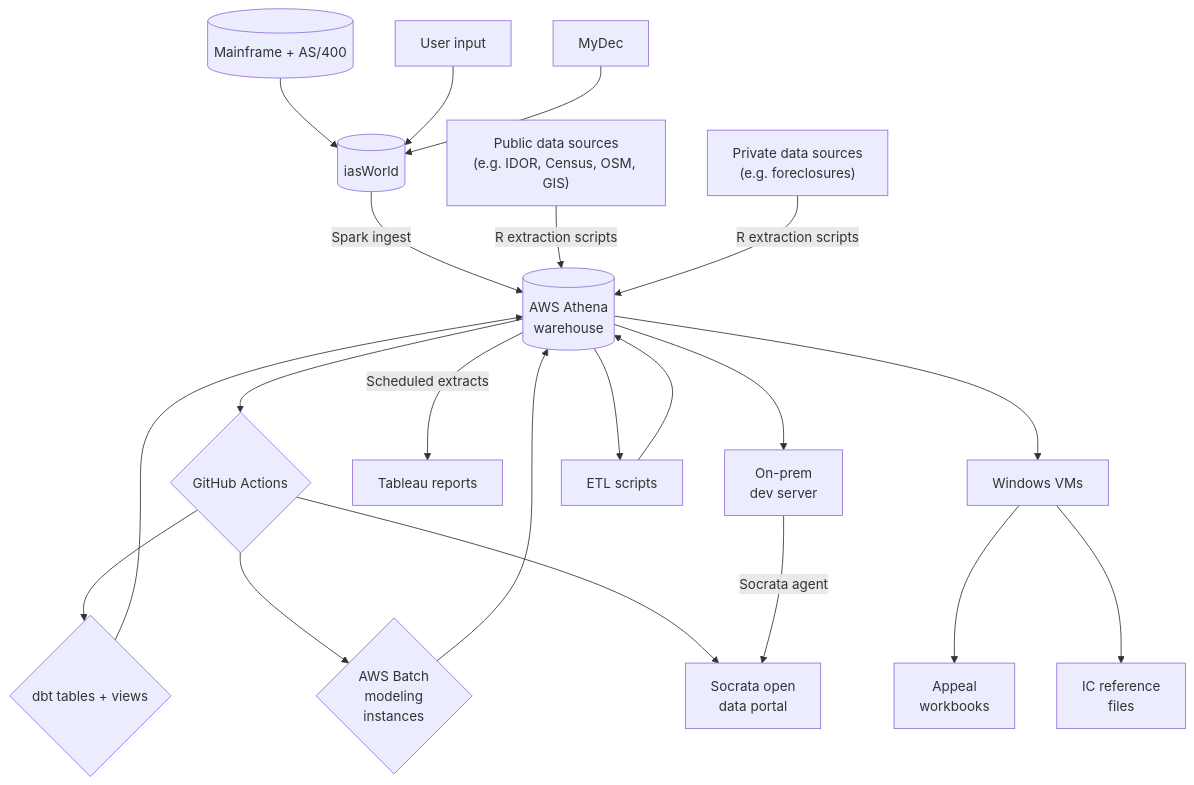
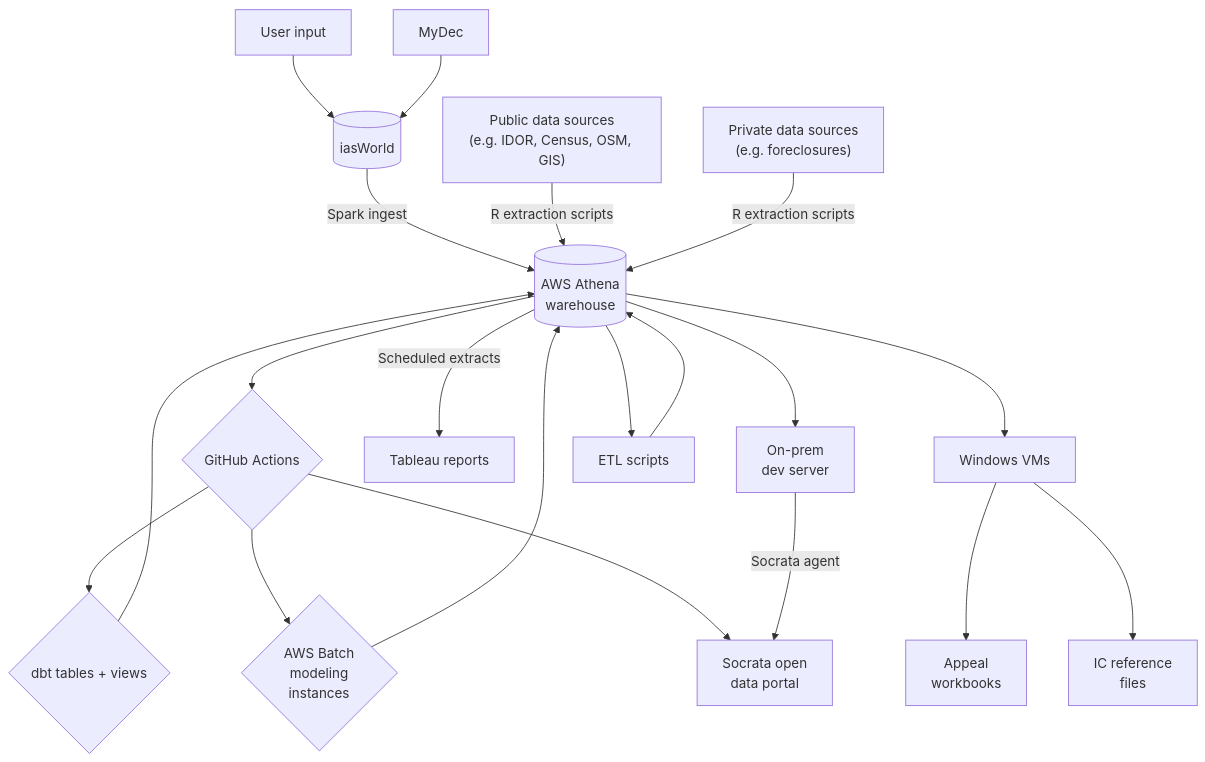
One commit to ccao-data/data-architecture changed the diagram in dbt/assets/dataflow-diagram.mmd. Above: the diagram before and after it, drawn with Mermaid.

Commit message:
Remove mainframe from `dataflow-diagram.mmd`

```diff
--- a/dbt/assets/dataflow-diagram.mmd
+++ b/dbt/assets/dataflow-diagram.mmd
@@ -1,13 +1,13 @@
 flowchart TD
-  mainframe[(Mainframe + AS/400)] & input[User input] & mydec[MyDec]--> ias[(iasWorld)]
+  input[User input] & mydec[MyDec] --> ias[(iasWorld)]
   ias -- Spark ingest --> athena[(AWS Athena\nwarehouse)]
   public["Public data sources\n(e.g. IDOR, Census, OSM, GIS)"] & private["Private data sources\n(e.g. foreclosures)"] -- R extraction scripts --> athena
   athena --> github{GitHub Actions}
   github --> dbt{dbt tables + views} --> athena
   github --> batch{AWS Batch\nmodeling\ninstances} --> athena
   github --> socrata[Socrata open\ndata portal]
   athena --> server[On-prem\ndev server] -- Socrata agent --> socrata
   athena -- Scheduled extracts --> tableau[Tableau reports]
   athena --> vm[Windows VMs] --> appeal[Appeal\nworkbooks]
   vm --> ic[IC reference\nfiles]
   athena --> etl[ETL scripts] --> athena
```
